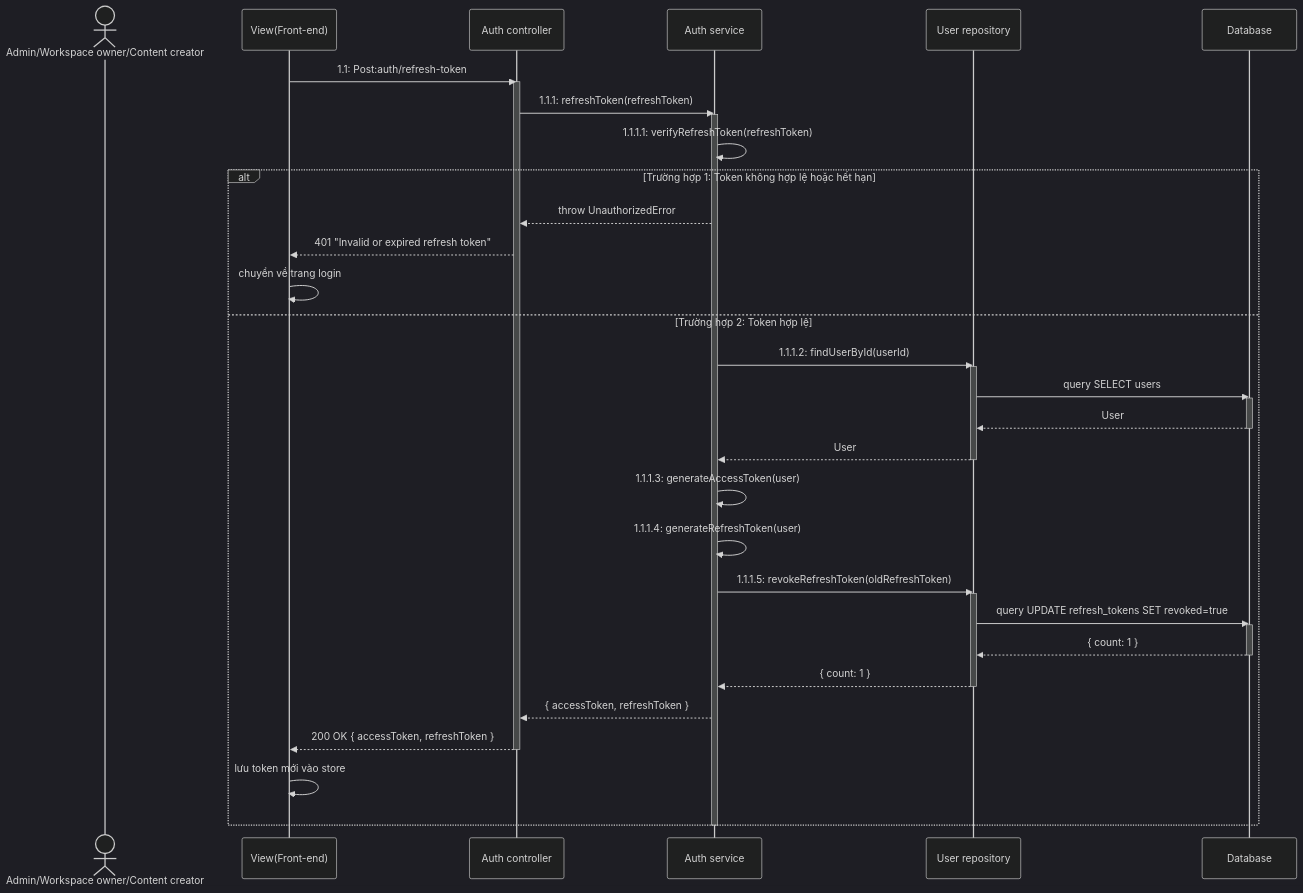
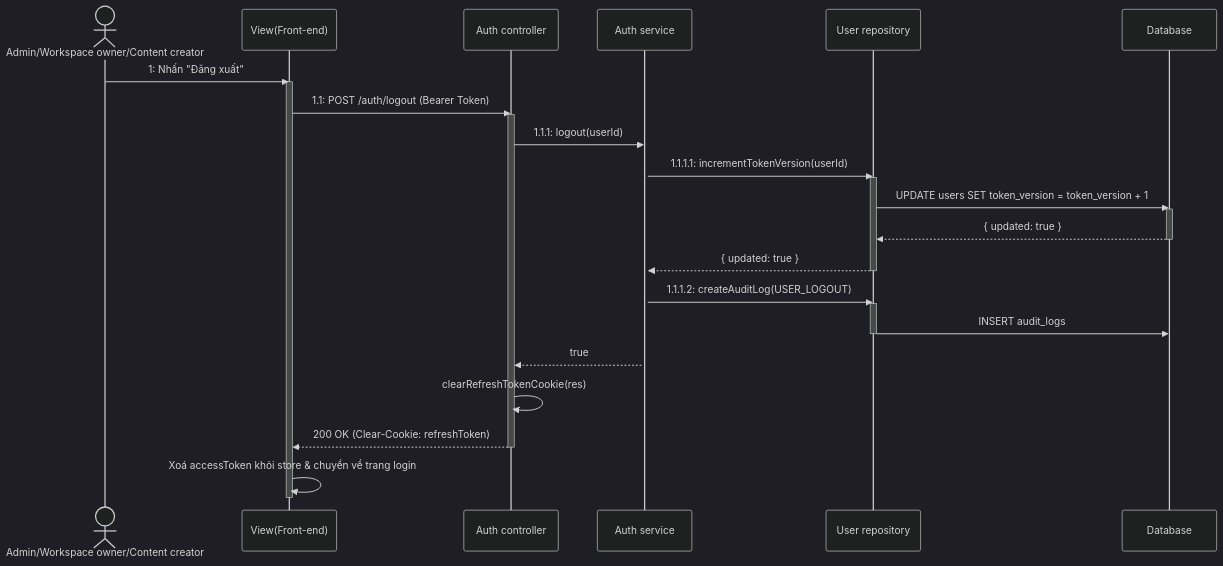
Before and after one commit to Pham-Hong-Ky/marka-capstone: the fourth of 44 diagrams in docs/function_layer_mapping.md, drawn with Mermaid (dark theme). The commit also changed other lines of this file and 47 other files, not shown here.

First line of the commit message:
docs: refresh architecture, API and database specs with UML diagrams

````diff
--- a/docs/function_layer_mapping.md
+++ b/docs/function_layer_mapping.md
@@ -187,48 +195,34 @@
 ```mermaid
 sequenceDiagram
     actor User as Admin/Workspace owner/Content creator
     participant View as View(Front-end)
     participant Controller as Auth controller
     participant Service as Auth service
     participant Repository as User repository
     participant DB as Database
 
-    View->>Controller: 1.1: Post:auth/refresh-token
+    User->>View: 1: Nhấn "Đăng xuất"
+    activate View
+    View->>Controller: 1.1: POST /auth/logout (Bearer Token)
     activate Controller
-    Controller->>Service: 1.1.1: refreshToken(refreshToken)
+    Controller->>Service: 1.1.1: logout(userId)
     activate Service
-    Service->>Service: 1.1.1.1: verifyRefreshToken(refreshToken)
-
-    alt Trường hợp 1: Token không hợp lệ hoặc hết hạn
-        Service-->>Controller: throw UnauthorizedError
-        Controller-->>View: 401 "Invalid or expired refresh token"
-        View->>View: chuyển về trang login
-    else Trường hợp 2: Token hợp lệ
-        Service->>Repository: 1.1.1.2: findUserById(userId)
-        activate Repository
-        Repository->>DB: query SELECT users
-        activate DB
-        DB-->>Repository: User
-        deactivate DB
-        Repository-->>Service: User
-        deactivate Repository
-
-        Service->>Service: 1.1.1.3: generateAccessToken(user)
-        Service->>Service: 1.1.1.4: generateRefreshToken(user)
-
-        Service->>Repository: 1.1.1.5: revokeRefreshToken(oldRefreshToken)
-        activate Repository
-        Repository->>DB: query UPDATE refresh_tokens SET revoked=true
-        activate DB
-        DB-->>Repository: { count: 1 }
-        deactivate DB
-        Repository-->>Service: { count: 1 }
-        deactivate Repository
-
-        Service-->>Controller: { accessToken, refreshToken }
-        Controller-->>View: 200 OK { accessToken, refreshToken }
-        deactivate Controller
-        View->>View: lưu token mới vào store
-    end
-    deactivate Service
+    Service->>Repository: 1.1.1.1: incrementTokenVersion(userId)
+    activate Repository
+    Repository->>DB: UPDATE users SET token_version = token_version + 1
+    activate DB
+    DB-->>Repository: { updated: true }
+    deactivate DB
+    Repository-->>Service: { updated: true }
+    deactivate Repository
+    Service->>Repository: 1.1.1.2: createAuditLog(USER_LOGOUT)
+    activate Repository
+    Repository->>DB: INSERT audit_logs
+    deactivate Repository
+    Service-->>Controller: true
+    Controller->>Controller: clearRefreshTokenCookie(res)
+    Controller-->>View: 200 OK (Clear-Cookie: refreshToken)
+    deactivate Controller
+    View->>View: Xoá accessToken khỏi store & chuyển về trang login
+    deactivate View
 ```
````
